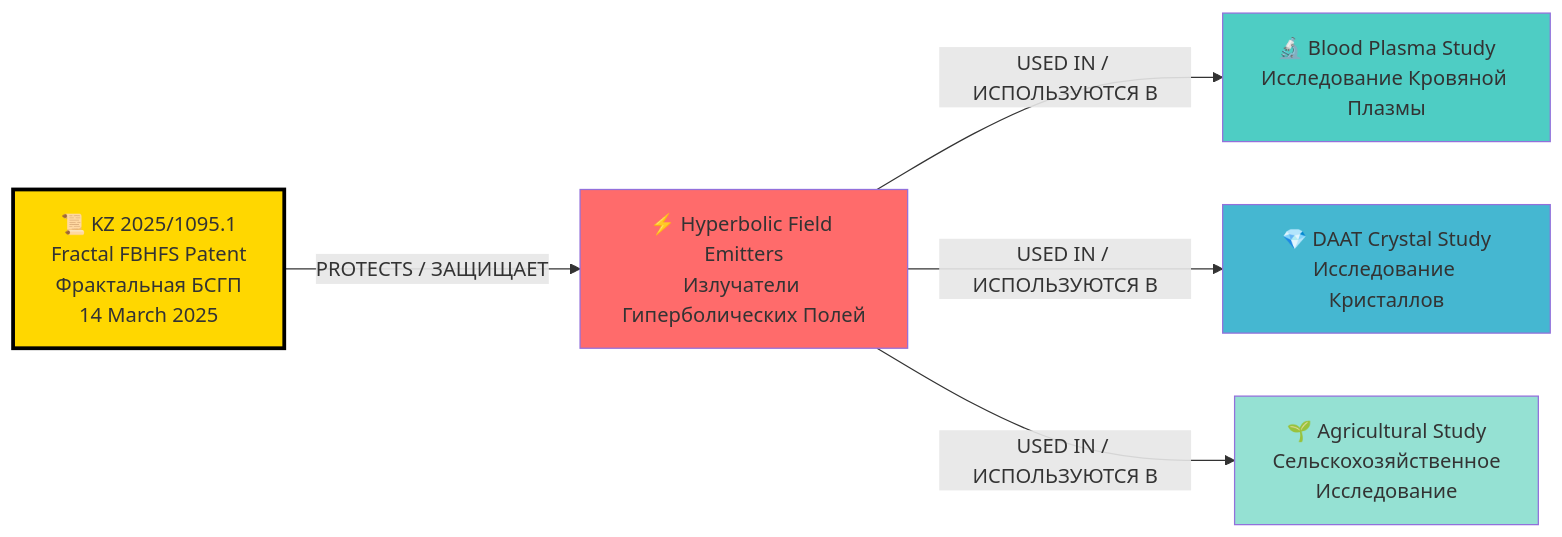
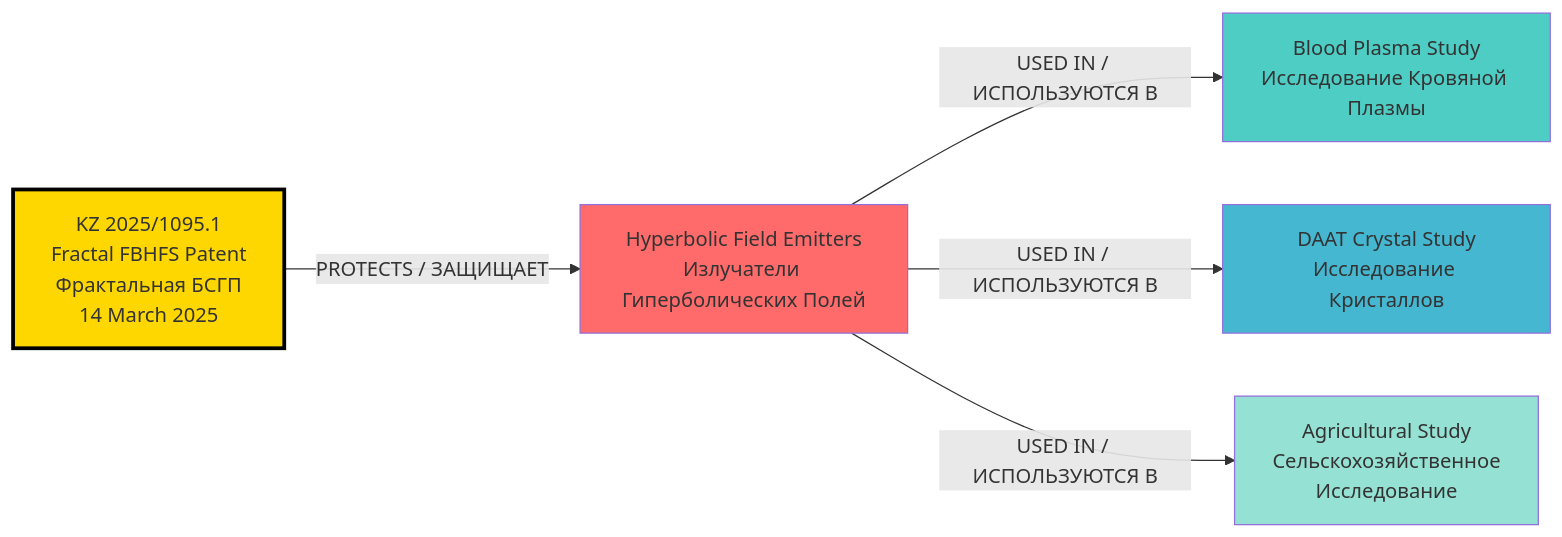
One commit to AdvancedScientificResearchProjects/Hyperbolic_Field_BloodPlasma_Study changed the second of 6 diagrams in ADVANCED_SCIENTIFIC_RESEARCH_PROJECTS/Hyperbolic_Field_BloodPlasma_Study/README.md. Above: the diagram before and after it, drawn with Mermaid. The commit also changed other lines of this file and 46 other files, not shown here.

````diff
--- a/ADVANCED_SCIENTIFIC_RESEARCH_PROJECTS/Hyperbolic_Field_BloodPlasma_Study/README.md
+++ b/ADVANCED_SCIENTIFIC_RESEARCH_PROJECTS/Hyperbolic_Field_BloodPlasma_Study/README.md
@@ -66,13 +66,13 @@
 ```mermaid
 flowchart LR
-    A[📜 KZ 2025/1095.1<br/>Fractal FBHFS Patent<br/>Фрактальная БСГП<br/>14 March 2025] -->|PROTECTS / ЗАЩИЩАЕТ| B[⚡ Hyperbolic Field Emitters<br/>Излучатели Гиперболических Полей]
-    B -->|USED IN / ИСПОЛЬЗУЮТСЯ В| C[🔬 Blood Plasma Study<br/>Исследование Кровяной Плазмы]
-    B -->|USED IN / ИСПОЛЬЗУЮТСЯ В| D[💎 DAAT Crystal Study<br/>Исследование Кристаллов]
-    B -->|USED IN / ИСПОЛЬЗУЮТСЯ В| E[🌱 Agricultural Study<br/>Сельскохозяйственное<br/>Исследование]
+    A[ KZ 2025/1095.1<br/>Fractal FBHFS Patent<br/>Фрактальная БСГП<br/>14 March 2025] -->|PROTECTS / ЗАЩИЩАЕТ| B[ Hyperbolic Field Emitters<br/>Излучатели Гиперболических Полей]
+    B -->|USED IN / ИСПОЛЬЗУЮТСЯ В| C[ Blood Plasma Study<br/>Исследование Кровяной Плазмы]
+    B -->|USED IN / ИСПОЛЬЗУЮТСЯ В| D[ DAAT Crystal Study<br/>Исследование Кристаллов]
+    B -->|USED IN / ИСПОЛЬЗУЮТСЯ В| E[ Agricultural Study<br/>Сельскохозяйственное<br/>Исследование]
     
     style A fill:#ffd700,stroke:#000,stroke-width:3px
     style B fill:#ff6b6b
     style C fill:#4ecdc4
     style D fill:#45b7d1
     style E fill:#95e1d3
 ```
````
